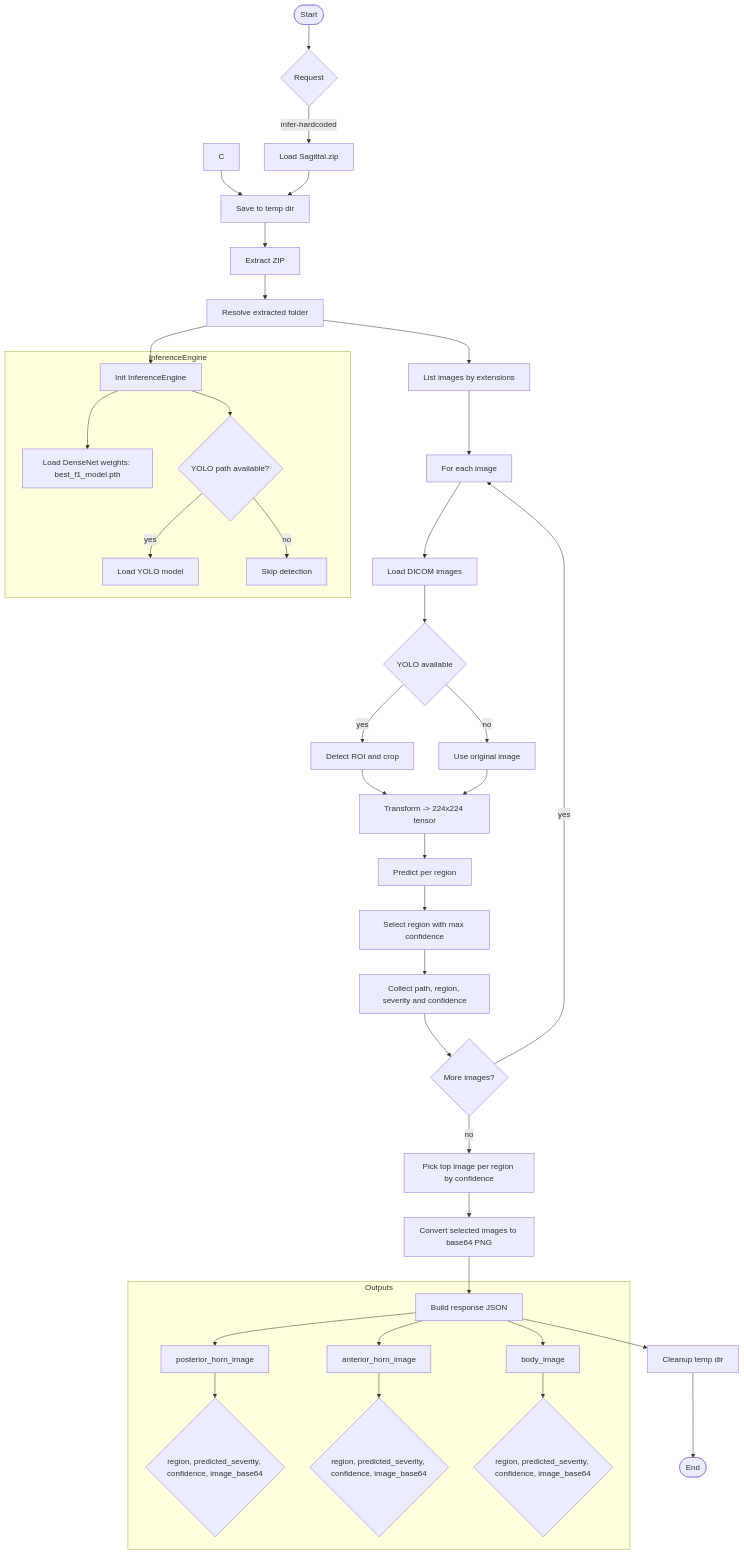
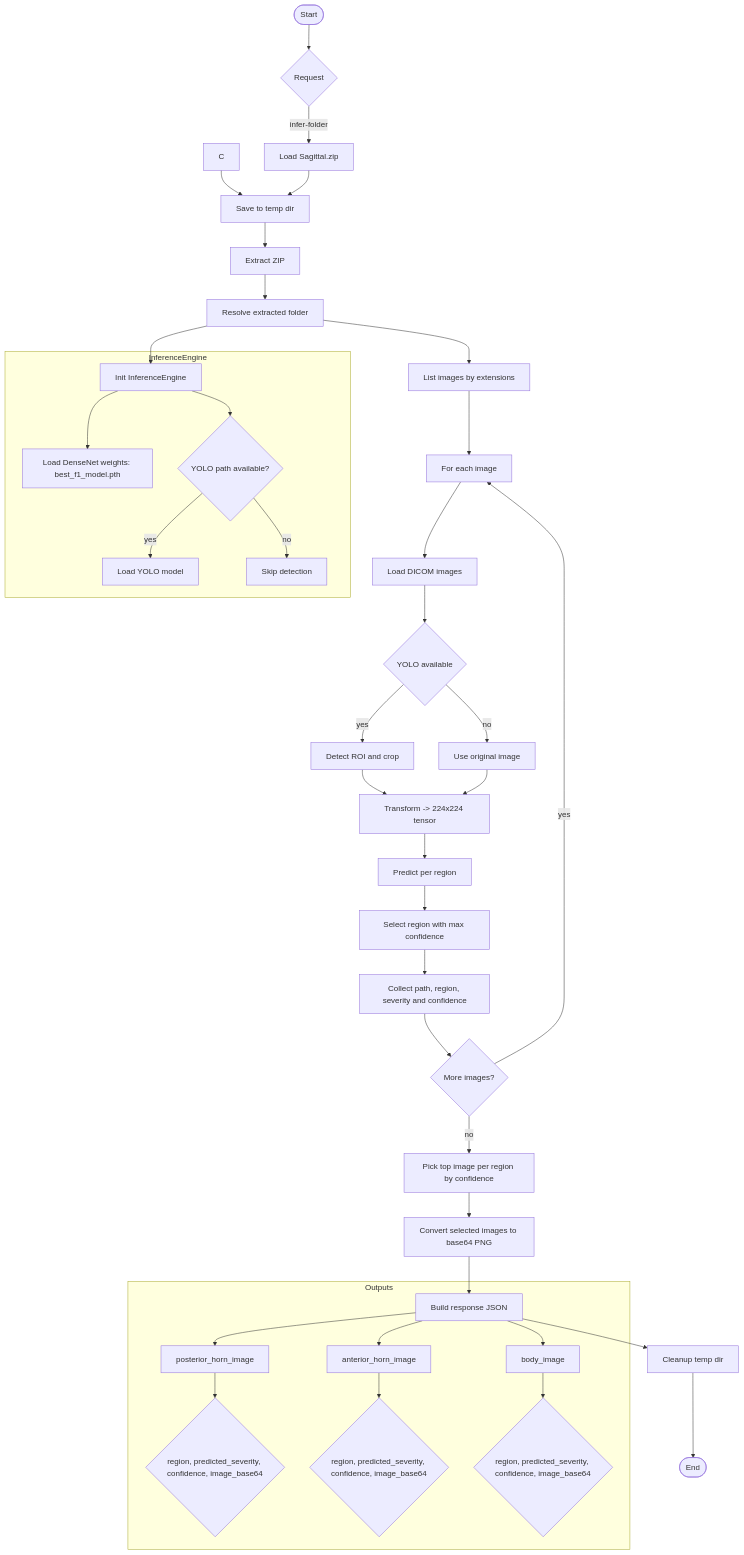
The third of 3 diagrams in README.md (ataa599/AI-based-Sagittal-MRI-fine-grading-of-meniscus-injury), drawn with Mermaid before and after one commit.

Commit message:
inferencing flowchart adjusted

````diff
--- a/README.md
+++ b/README.md
@@ -88,49 +88,49 @@
 ```mermaid
 flowchart TD
     A([Start]) --> B{Request}
-    B -->|infer-hardcoded| D[Load Sagittal.zip]
+    B -->|infer-folder| D[Load Sagittal.zip]
 
     C --> E[Save to temp dir]
     D --> E
     E --> F[Extract ZIP]
     F --> G[Resolve extracted folder]
 
     G --> H[Init InferenceEngine]
 
     subgraph InferenceEngine
         H --> I[Load DenseNet weights: best_f1_model.pth]
         H --> J{YOLO path available?}
         J -->|yes| K[Load YOLO model]
         J -->|no| L[Skip detection]
     end
 
     G --> M[List images by extensions]
     M --> N[For each image]
     N --> O[Load DICOM images ]
     O --> P{YOLO available}
     P -->|yes| Q[Detect ROI and crop]
     P -->|no| R[Use original image]
     Q --> S[Transform -> 224x224 tensor]
     R --> S
 
     S --> T[Predict per region]
     T --> U[Select region with max confidence]
     U --> V[Collect path, region, severity and confidence]
     V --> W{More images?}
     W -->|yes| N
     W -->|no| X[Pick top image per region by confidence]
 
     X --> Y[Convert selected images to base64 PNG]
     Y --> Z[Build response JSON]
     Z --> AA[Cleanup temp dir]
     AA --> AB([End])
 
     subgraph Outputs
         Z --> O1[posterior_horn_image]
         Z --> O2[anterior_horn_image]
         Z --> O3[body_image]
         O1 --> F1{region, predicted_severity, confidence, image_base64}
         O2 --> F2{region, predicted_severity, confidence, image_base64}
         O3 --> F3{region, predicted_severity, confidence, image_base64}
     end
 ```
````
